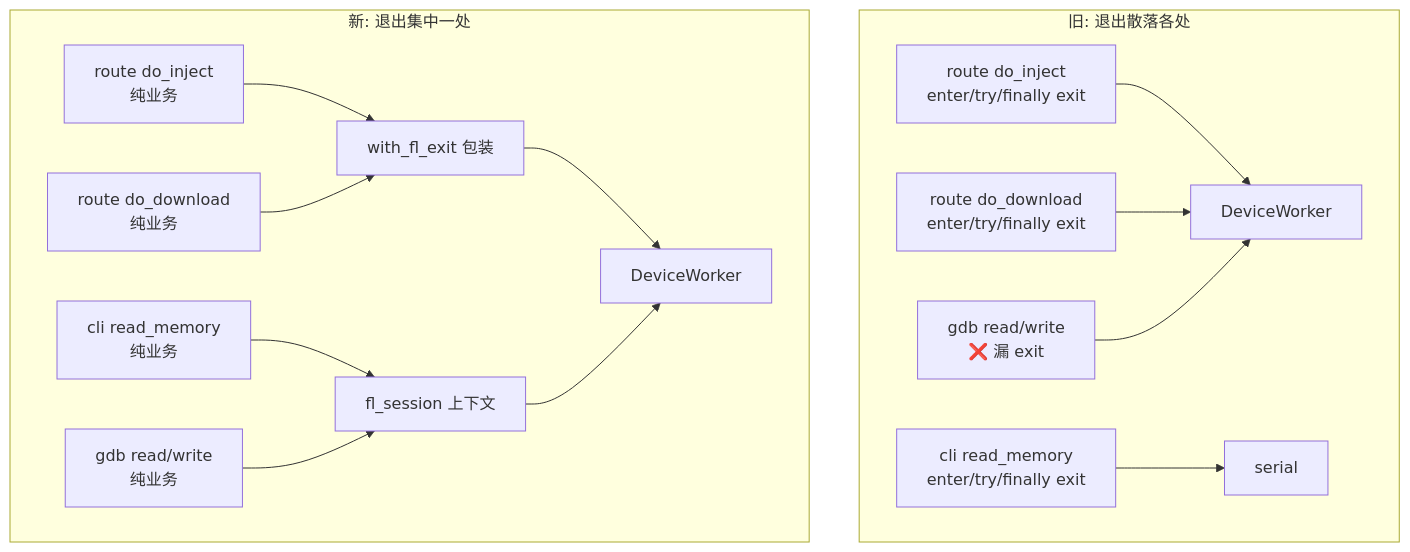
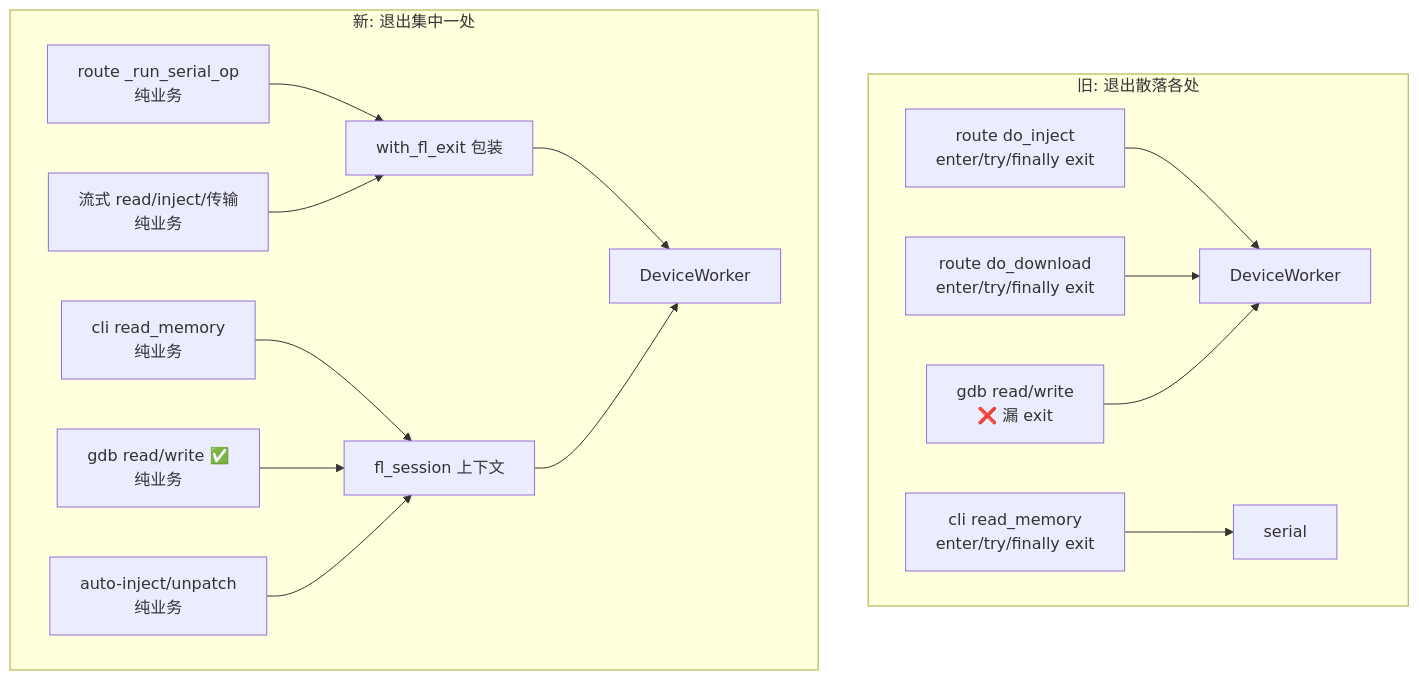
One commit to FASTSHIFT/FPBInject changed the first of 2 diagrams in Tools/WebServer/docs/fl-mode-exit-centralization-postmortem.md. Above: the diagram before and after it, drawn with Mermaid. The commit also changed other lines of this file and 5 other files, not shown here.

First line of the commit message:
refactor(webserver): unify fl-mode exit for streaming and auto-inject paths

````diff
--- a/Tools/WebServer/docs/fl-mode-exit-centralization-postmortem.md
+++ b/Tools/WebServer/docs/fl-mode-exit-centralization-postmortem.md
@@ -78,18 +97,19 @@
 ```mermaid
 graph TD
     subgraph Before["旧: 退出散落各处"]
         A1["route do_inject<br/>enter/try/finally exit"] --> W1[DeviceWorker]
         A2["route do_download<br/>enter/try/finally exit"] --> W1
         A3["cli read_memory<br/>enter/try/finally exit"] --> S1[serial]
         A4["gdb read/write<br/>❌ 漏 exit"] --> W1
     end
 
     subgraph After["新: 退出集中一处"]
-        B1["route do_inject<br/>纯业务"] --> WFE[with_fl_exit 包装]
-        B2["route do_download<br/>纯业务"] --> WFE
+        B1["route _run_serial_op<br/>纯业务"] --> WFE[with_fl_exit 包装]
+        B2["流式 read/inject/传输<br/>纯业务"] --> WFE
         WFE --> W2[DeviceWorker]
         B3["cli read_memory<br/>纯业务"] --> FS[fl_session 上下文]
-        B4["gdb read/write<br/>纯业务"] --> FS
+        B4["gdb read/write ✅<br/>纯业务"] --> FS
+        B5["auto-inject/unpatch<br/>纯业务"] --> FS
         FS --> W2
     end
 ```
````
